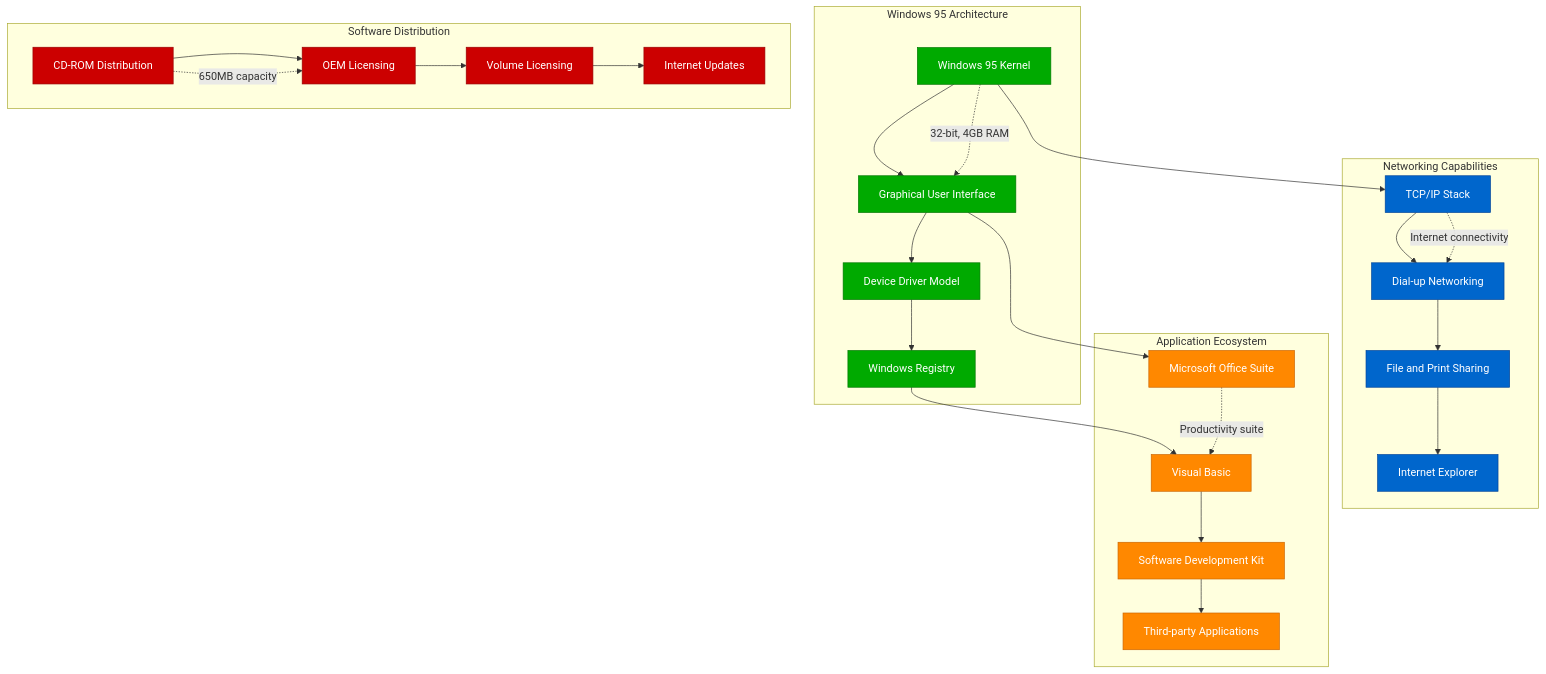
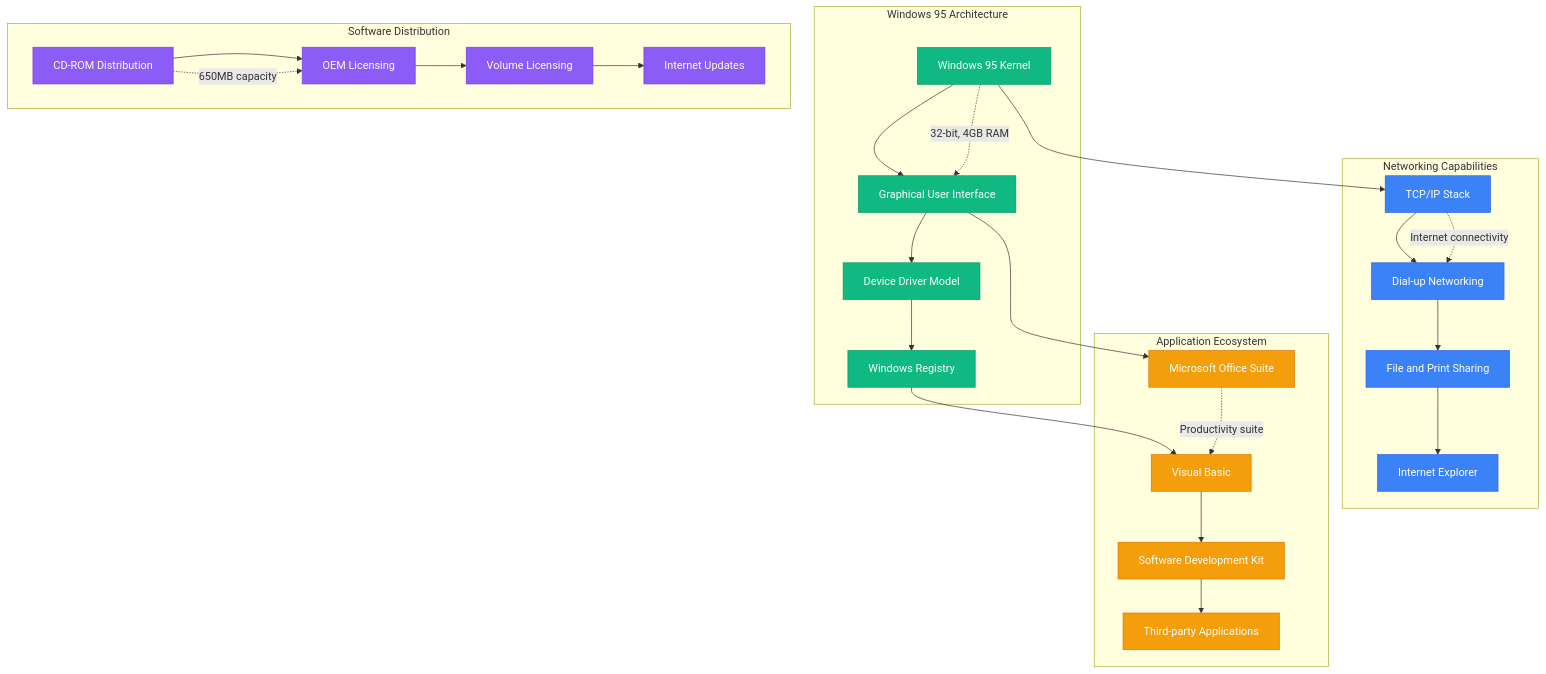
The third of 12 diagrams in site/docs/systems/microsoft/scale-evolution.md (deepaucksharma/DS), drawn with Mermaid before and after one commit. The commit also changed other lines of this file and 303 other files, not shown here.

````diff
--- a/site/docs/systems/microsoft/scale-evolution.md
+++ b/site/docs/systems/microsoft/scale-evolution.md
@@ -88,68 +88,68 @@
 ```mermaid
 graph TB
     subgraph WindowsArchitecture[Windows 95 Architecture]
         WIN95_KERNEL[Windows 95 Kernel]
         GUI_SHELL[Graphical User Interface]
         DEVICE_DRIVERS[Device Driver Model]
         REGISTRY[Windows Registry]
     end
 
     subgraph NetworkingCapabilities[Networking Capabilities]
         TCP_IP[TCP/IP Stack]
         DIAL_UP[Dial-up Networking]
         FILE_SHARING[File and Print Sharing]
         INTERNET_EXPLORER[Internet Explorer]
     end
 
     subgraph ApplicationEcosystem[Application Ecosystem]
         OFFICE_SUITE[Microsoft Office Suite]
         VISUAL_BASIC[Visual Basic]
         SDK_TOOLS[Software Development Kit]
         THIRD_PARTY[Third-party Applications]
     end
 
     subgraph Distribution[Software Distribution]
         CD_ROM[CD-ROM Distribution]
         OEM_LICENSING[OEM Licensing]
         VOLUME_LICENSING[Volume Licensing]
         INTERNET_UPDATES[Internet Updates]
     end
 
     %% Core system
     WIN95_KERNEL --> GUI_SHELL
     GUI_SHELL --> DEVICE_DRIVERS
     DEVICE_DRIVERS --> REGISTRY
 
     %% Networking integration
     WIN95_KERNEL --> TCP_IP
     TCP_IP --> DIAL_UP
     DIAL_UP --> FILE_SHARING
     FILE_SHARING --> INTERNET_EXPLORER
 
     %% Application platform
     GUI_SHELL --> OFFICE_SUITE
     REGISTRY --> VISUAL_BASIC
     VISUAL_BASIC --> SDK_TOOLS
     SDK_TOOLS --> THIRD_PARTY
 
     %% Distribution channels
     CD_ROM --> OEM_LICENSING
     OEM_LICENSING --> VOLUME_LICENSING
     VOLUME_LICENSING --> INTERNET_UPDATES
 
     %% Scale metrics
     WIN95_KERNEL -.->|"32-bit, 4GB RAM"| GUI_SHELL
     TCP_IP -.->|"Internet connectivity"| DIAL_UP
     OFFICE_SUITE -.->|"Productivity suite"| VISUAL_BASIC
     CD_ROM -.->|"650MB capacity"| OEM_LICENSING
 
-    classDef systemStyle fill:#00AA00,stroke:#007700,color:#fff
-    classDef networkStyle fill:#0066CC,stroke:#004499,color:#fff
-    classDef appStyle fill:#FF8800,stroke:#CC6600,color:#fff
-    classDef distributionStyle fill:#CC0000,stroke:#990000,color:#fff
+    classDef systemStyle fill:#10B981,stroke:#059669,color:#fff
+    classDef networkStyle fill:#3B82F6,stroke:#2563EB,color:#fff
+    classDef appStyle fill:#F59E0B,stroke:#D97706,color:#fff
+    classDef distributionStyle fill:#8B5CF6,stroke:#7C3AED,color:#fff
 
     class WIN95_KERNEL,GUI_SHELL,DEVICE_DRIVERS,REGISTRY systemStyle
     class TCP_IP,DIAL_UP,FILE_SHARING,INTERNET_EXPLORER networkStyle
     class OFFICE_SUITE,VISUAL_BASIC,SDK_TOOLS,THIRD_PARTY appStyle
     class CD_ROM,OEM_LICENSING,VOLUME_LICENSING,INTERNET_UPDATES distributionStyle
 ```
````
